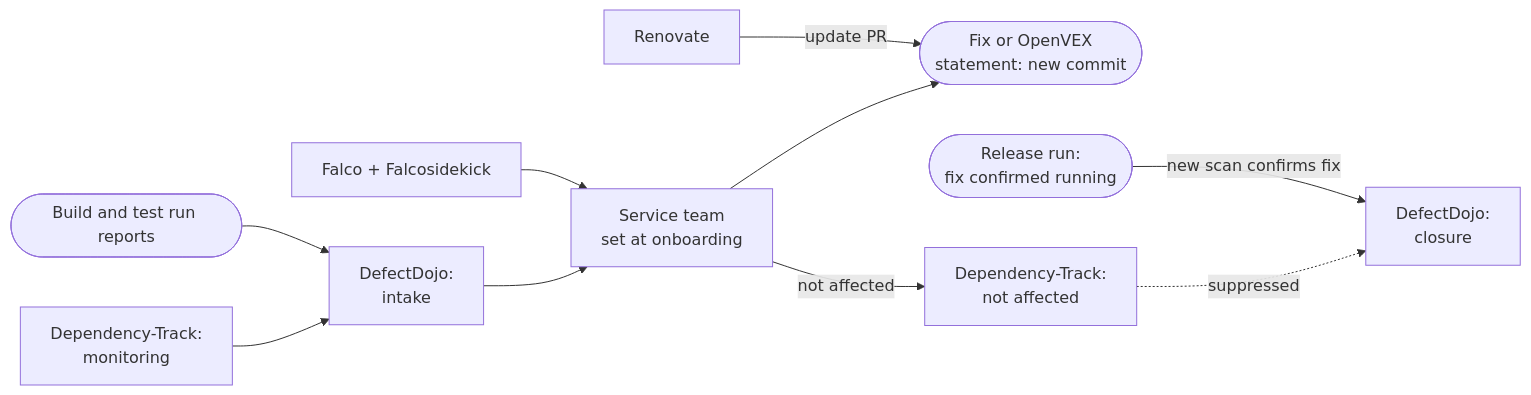
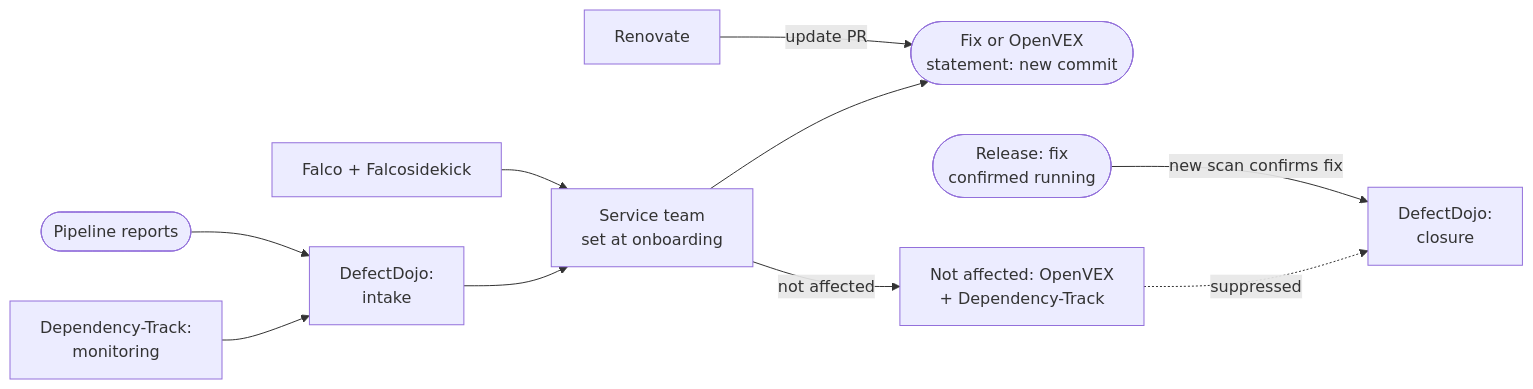
The seventh of 7 diagrams in content/en/docs/reference-architectures/open-source-ssdf-cicd.md (andymotta/Platform-Engineering), drawn with Mermaid before and after one commit. The commit also changed other lines of this file, not shown here.

First line of the commit message:
docs: define gates by evidence and tighten the release path

````diff
--- a/content/en/docs/reference-architectures/open-source-ssdf-cicd.md
+++ b/content/en/docs/reference-architectures/open-source-ssdf-cicd.md
@@ -235,12 +267,12 @@
 ```mermaid
 flowchart LR
     DT["Dependency-Track:<br/>monitoring"] --> DDI["DefectDojo:<br/>intake"]
-    V(["Build and test run reports"]) --> DDI
+    V(["Pipeline reports"]) --> DDI
     DDI --> T["Service team<br/>set at onboarding"]
     F["Falco + Falcosidekick"] --> T
     T --> N(["Fix or OpenVEX<br/>statement: new commit"])
     RN["Renovate"] -->|update PR| N
-    T -->|not affected| NA["Dependency-Track:<br/>not affected"]
+    T -->|not affected| NA["Not affected: OpenVEX<br/>+ Dependency-Track"]
     NA -.->|suppressed| DDC["DefectDojo:<br/>closure"]
-    R(["Release run:<br/>fix confirmed running"]) -->|new scan confirms fix| DDC
+    R(["Release: fix<br/>confirmed running"]) -->|new scan confirms fix| DDC
 ```
````
